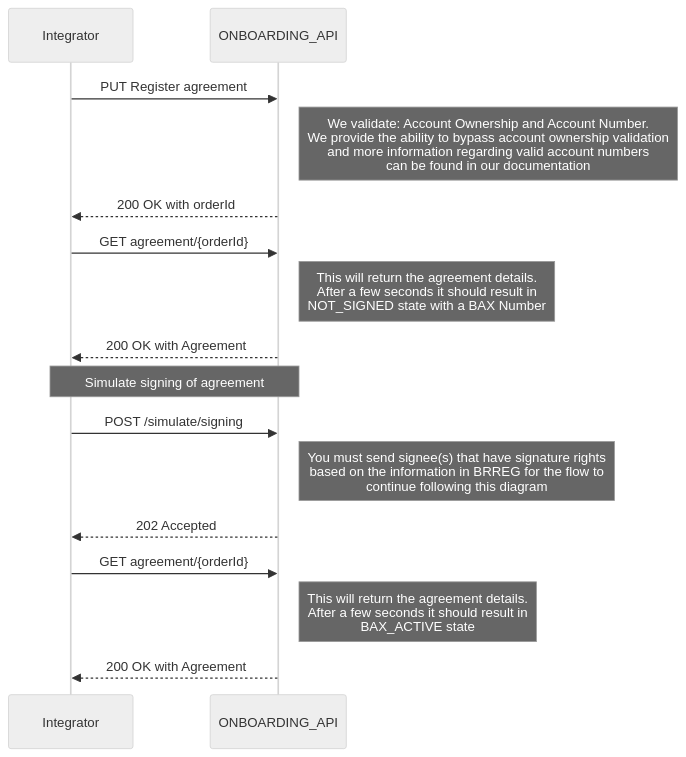
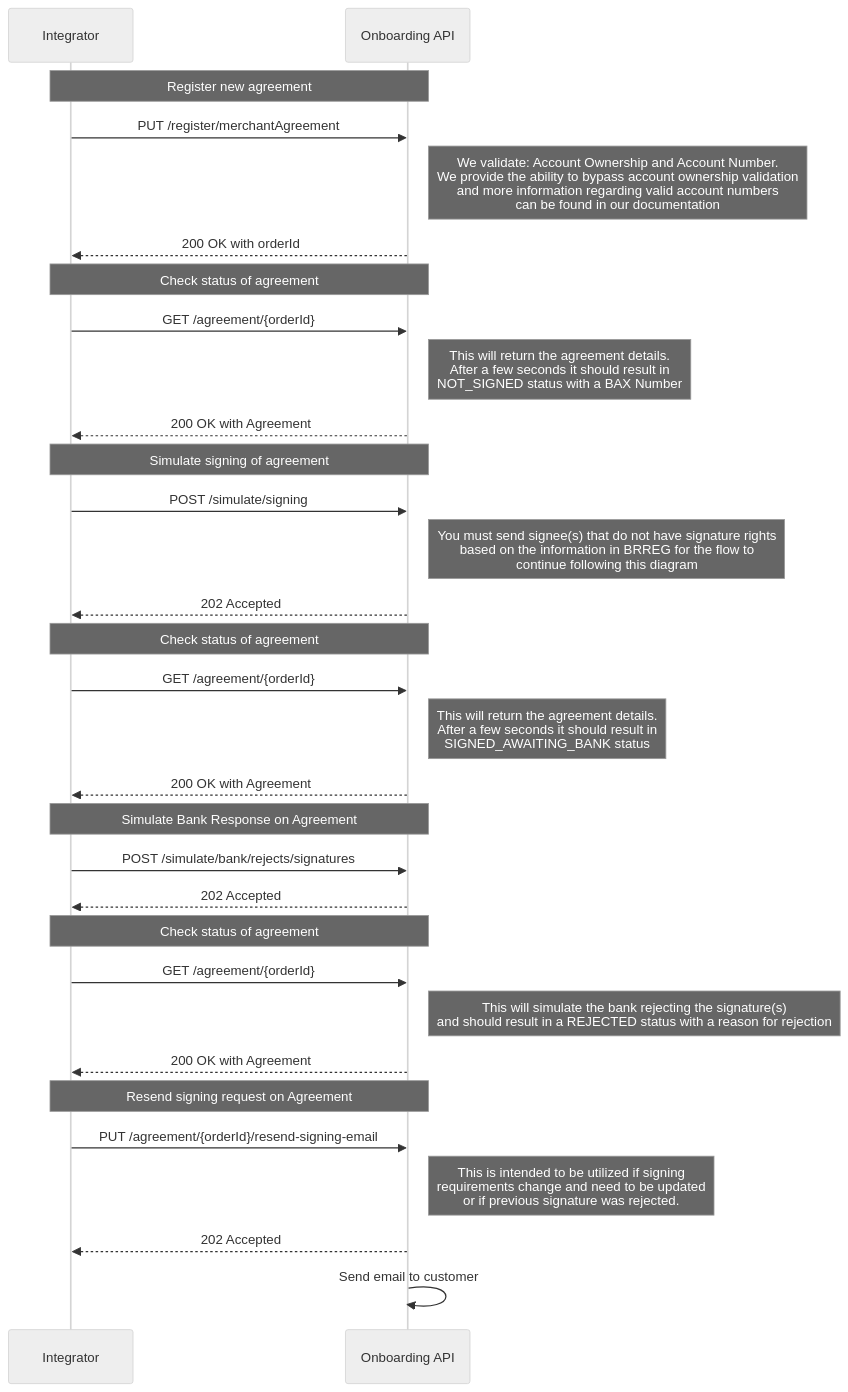
One commit to BankAxept/bankaxept-onboarding-external-documentation changed the third of 6 diagrams in docs/getting_started.md. Above: the diagram before and after it, drawn with Mermaid (neutral theme). The commit also changed other lines of this file and 1 other file, not shown here.

Commit message:
Updates after feedback from docs review (#19)

````diff
--- a/docs/getting_started.md
+++ b/docs/getting_started.md
@@ -88,20 +113,41 @@
 ```mermaid
 sequenceDiagram
 participant I as Integrator
-participant O as ONBOARDING_API
+participant O as Onboarding API
 
-I ->> O: PUT Register agreement
+note over I, O: Register new agreement
+I ->> O: PUT /register/merchantAgreement
 note right of O: We validate: Account Ownership and Account Number. <br/> We provide the ability to bypass account ownership validation <br/> and more information regarding valid account numbers <br/> can be found in our documentation
 O -->> I: 200 OK with orderId
 
-I ->> O: GET agreement/{orderId}
-note right of O: This will return the agreement details. <br/> After a few seconds it should result in <br/> NOT_SIGNED state with a BAX Number
+note over I, O: Check status of agreement
+I ->> O: GET /agreement/{orderId}
+note right of O: This will return the agreement details. <br/> After a few seconds it should result in <br/> NOT_SIGNED status with a BAX Number
 O -->> I: 200 OK with Agreement
+
 note over I, O: Simulate signing of agreement
 I ->> O: POST /simulate/signing
-note right of O: You must send signee(s) that have signature rights <br/> based on the information in BRREG for the flow to <br/> continue following this diagram
+note right of O: You must send signee(s) that do not have signature rights <br/> based on the information in BRREG for the flow to <br/> continue following this diagram
 O -->> I: 202 Accepted
-I ->> O : GET agreement/{orderId}
-note right of O: This will return the agreement details. <br/> After a few seconds it should result in <br/> BAX_ACTIVE state
+
+note over I, O: Check status of agreement
+I ->> O: GET /agreement/{orderId}
+note right of O: This will return the agreement details. <br/> After a few seconds it should result in <br/> SIGNED_AWAITING_BANK status
 O -->> I: 200 OK with Agreement
+
+note over I, O: Simulate Bank Response on Agreement
+I ->> O: POST /simulate/bank/rejects/signatures
+O -->> I: 202 Accepted
+
+note over I, O: Check status of agreement
+I ->> O: GET /agreement/{orderId}
+note right of O: This will simulate the bank rejecting the signature(s) <br/> and should result in a REJECTED status with a reason for rejection
+O -->> I: 200 OK with Agreement
+
+note over I, O: Resend signing request on Agreement
+I ->> O: PUT /agreement/{orderId}/resend-signing-email
+note right of O: This is intended to be utilized if signing <br/> requirements change and need to be updated <br/> or if previous signature was rejected.
+
+O -->> I: 202 Accepted
+O ->> O: Send email to customer
 ```
````
